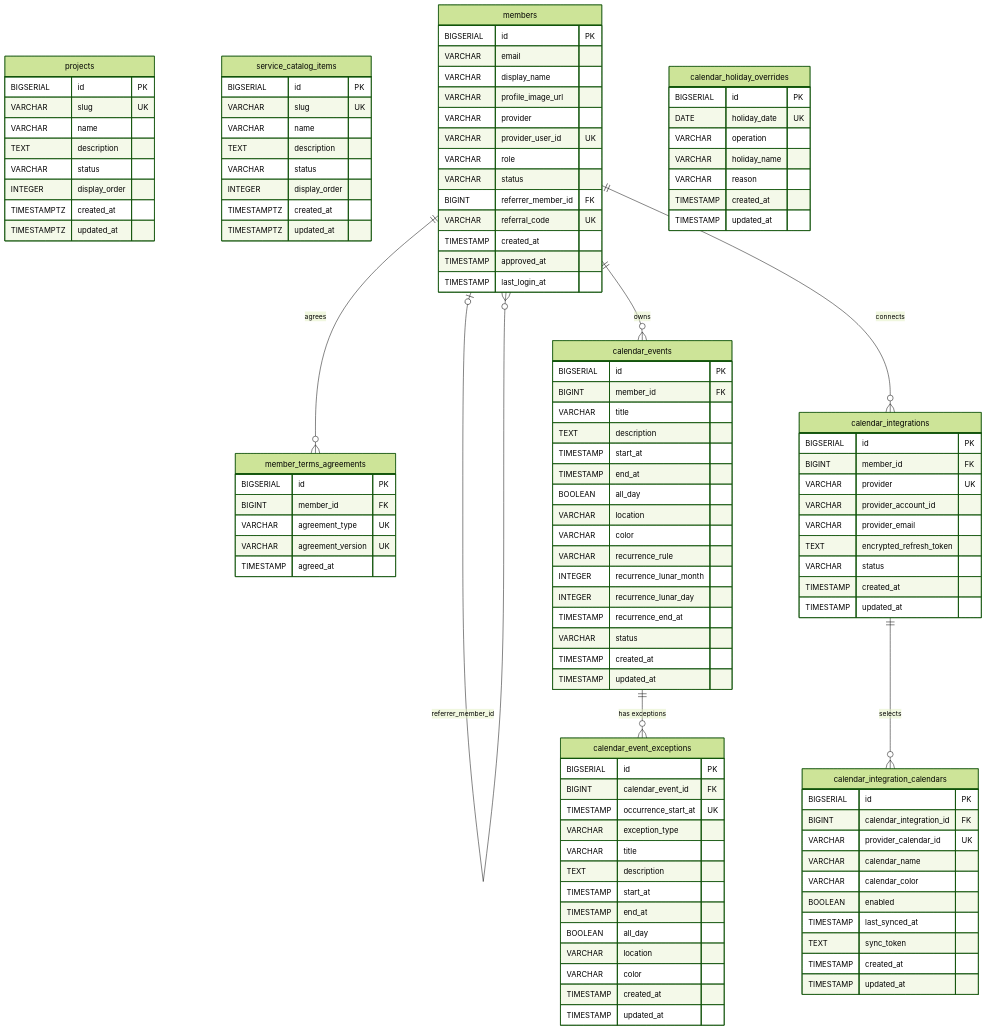
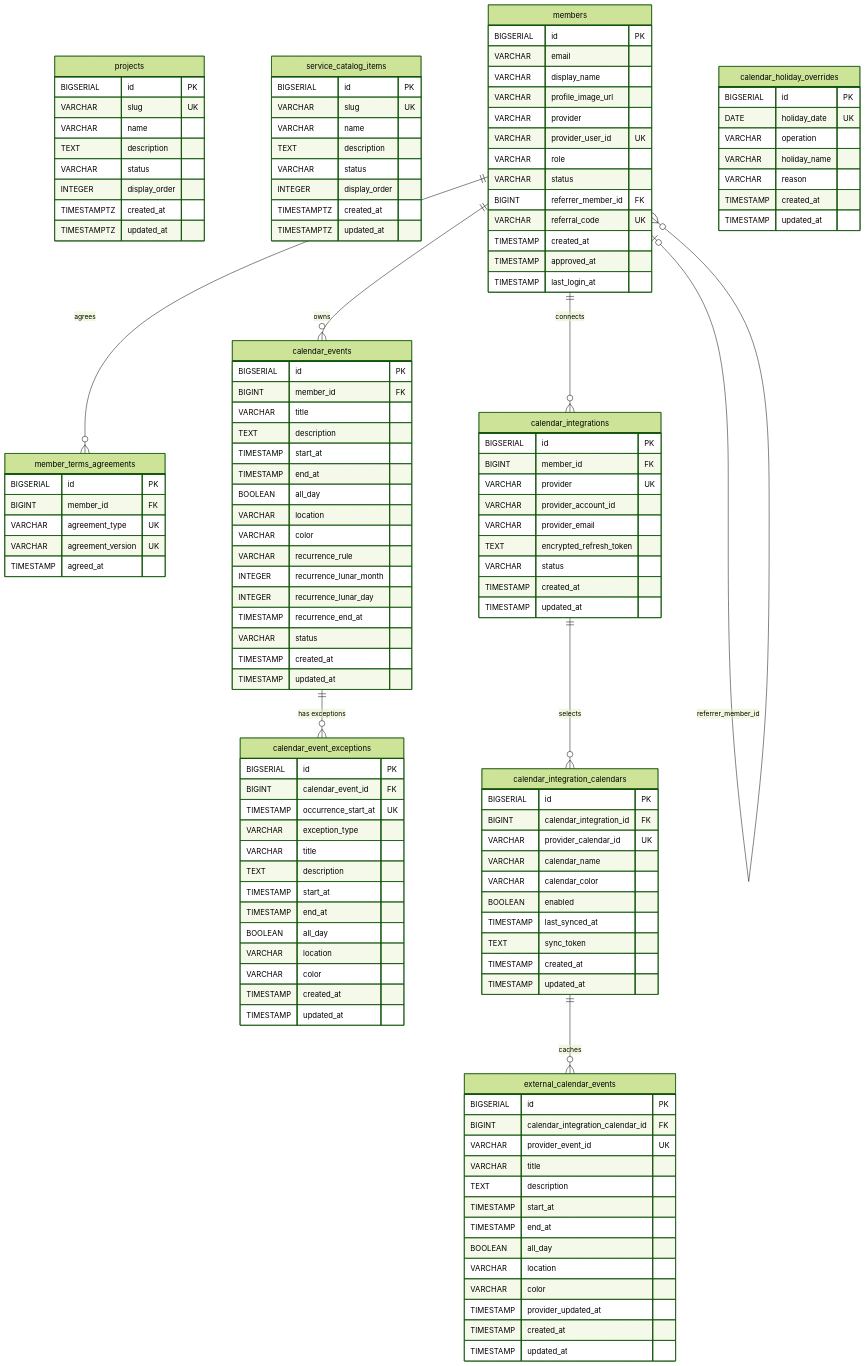
The diagram in docs/specs/erd-relations.md (HoBaeBang/naruworks-platform), drawn with Mermaid (forest theme) before and after one commit. The commit also changed other lines of this file and 9 other files, not shown here.

````diff
--- a/docs/specs/erd-relations.md
+++ b/docs/specs/erd-relations.md
@@ -124,10 +124,27 @@
         TIMESTAMP updated_at
     }
 
+    external_calendar_events {
+        BIGSERIAL id PK
+        BIGINT calendar_integration_calendar_id FK
+        VARCHAR provider_event_id UK
+        VARCHAR title
+        TEXT description
+        TIMESTAMP start_at
+        TIMESTAMP end_at
+        BOOLEAN all_day
+        VARCHAR location
+        VARCHAR color
+        TIMESTAMP provider_updated_at
+        TIMESTAMP created_at
+        TIMESTAMP updated_at
+    }
+
     members o|--o{ members : "referrer_member_id"
     members ||--o{ member_terms_agreements : "agrees"
     members ||--o{ calendar_events : "owns"
     calendar_events ||--o{ calendar_event_exceptions : "has exceptions"
     members ||--o{ calendar_integrations : "connects"
     calendar_integrations ||--o{ calendar_integration_calendars : "selects"
+    calendar_integration_calendars ||--o{ external_calendar_events : "caches"
 ```
````
